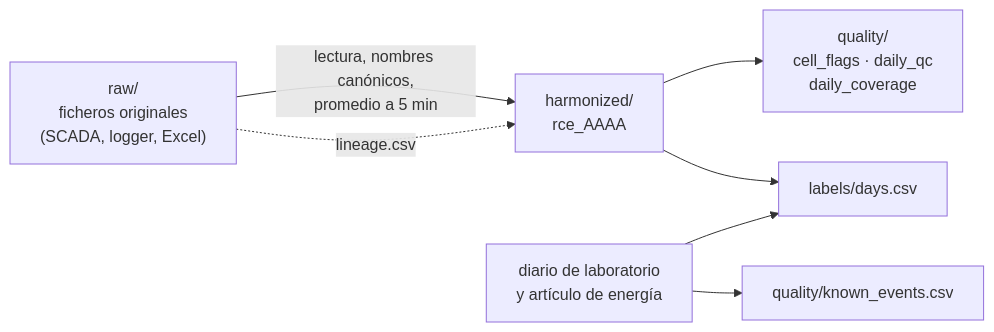
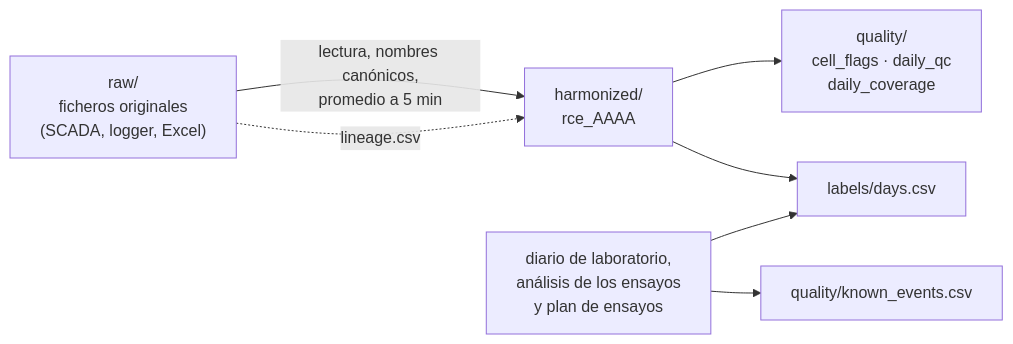
The diagram in docs/estructura_carpetas.md (SEMBAC/rce-dataset), drawn with Mermaid before and after one commit. The commit also changed other lines of this file and 26 other files, not shown here.

````diff
--- a/docs/estructura_carpetas.md
+++ b/docs/estructura_carpetas.md
@@ -60,9 +60,9 @@
 ```mermaid
 flowchart LR
     A["raw/<br/>ficheros originales<br/>(SCADA, logger, Excel)"] -->|"lectura, nombres canónicos,<br/>promedio a 5 min"| B["harmonized/<br/>rce_AAAA"]
     A -.->|"lineage.csv"| B
     B --> C["quality/<br/>cell_flags · daily_qc<br/>daily_coverage"]
-    D["diario de laboratorio<br/>y artículo de energía"] --> E["labels/days.csv"]
+    D["diario de laboratorio,<br/>análisis de los ensayos<br/>y plan de ensayos"] --> E["labels/days.csv"]
     D --> F["quality/known_events.csv"]
     B --> E
 ```
````
